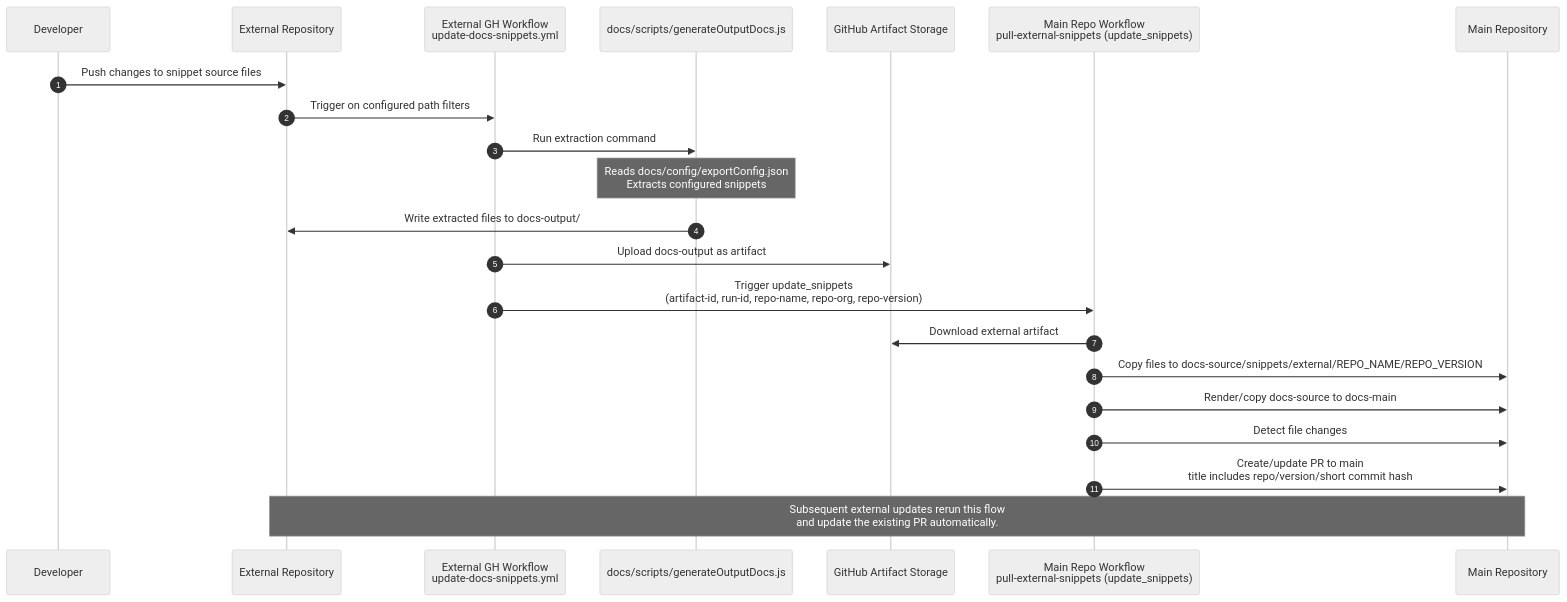
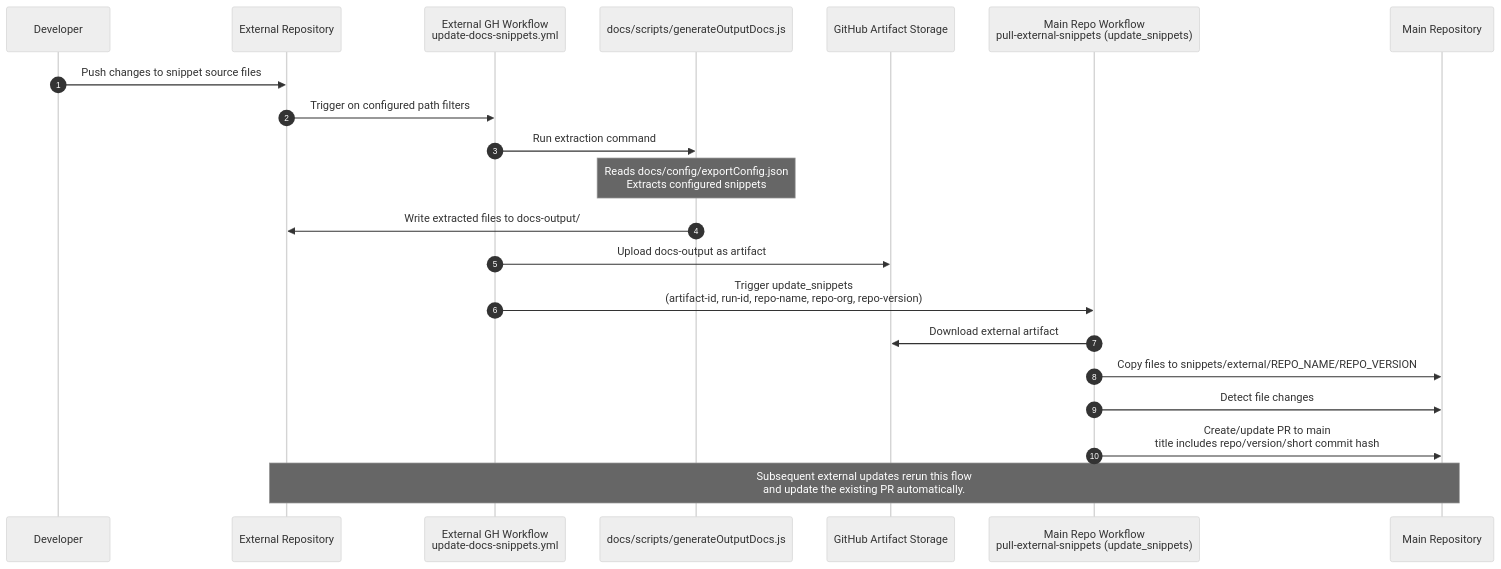
The diagram in config/snippet-config/update-workflows.md (digital-asset/cf-docs), drawn with Mermaid (neutral theme) before and after one commit. The commit also changed other lines of this file and 3062 other files, not shown here.

````diff
--- a/config/snippet-config/update-workflows.md
+++ b/config/snippet-config/update-workflows.md
@@ -84,27 +81,26 @@
 ```mermaid
 sequenceDiagram
   autonumber
   participant Dev as Developer
   participant ExtRepo as External Repository
   participant ExtWF as External GH Workflow<br/>update-docs-snippets.yml
   participant ExtScript as docs/scripts/generateOutputDocs.js
   participant Artifact as GitHub Artifact Storage
   participant MainWF as Main Repo Workflow<br/>pull-external-snippets (update_snippets)
   participant MainRepo as Main Repository
 
   Dev->>ExtRepo: Push changes to snippet source files
   ExtRepo->>ExtWF: Trigger on configured path filters
   ExtWF->>ExtScript: Run extraction command
   Note over ExtScript: Reads docs/config/exportConfig.json<br/>Extracts configured snippets
   ExtScript->>ExtRepo: Write extracted files to docs-output/
   ExtWF->>Artifact: Upload docs-output as artifact
 
   ExtWF->>MainWF: Trigger update_snippets<br/>(artifact-id, run-id, repo-name, repo-org, repo-version)
   MainWF->>Artifact: Download external artifact
-  MainWF->>MainRepo: Copy files to docs-source/snippets/external/REPO_NAME/REPO_VERSION
-  MainWF->>MainRepo: Render/copy docs-source to docs-main
+  MainWF->>MainRepo: Copy files to snippets/external/REPO_NAME/REPO_VERSION
   MainWF->>MainRepo: Detect file changes
   MainWF->>MainRepo: Create/update PR to main<br/>title includes repo/version/short commit hash
 
   Note over ExtRepo,MainRepo: Subsequent external updates rerun this flow<br/>and update the existing PR automatically.
 ```
````
